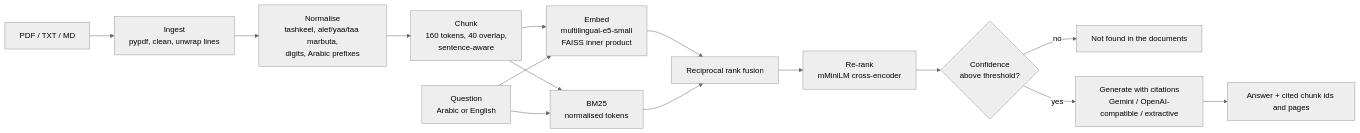
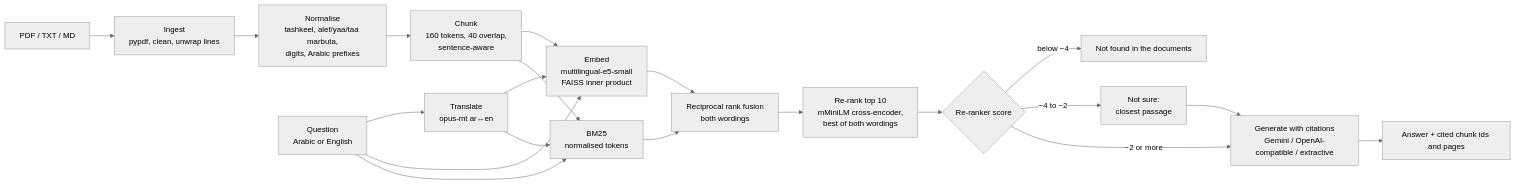
One commit to Nardy11/bilingual-rag-assistant changed the diagram in README.md. Above: the diagram before and after it, drawn with Mermaid (neutral theme). The commit also changed other lines of this file and 22 other files, not shown here.

First line of the commit message:
fix: cross-language questions answered instead of refused; confidence in three bands

````diff
--- a/README.md
+++ b/README.md
@@ -39,17 +45,22 @@
 ```mermaid
 flowchart LR
     A[PDF / TXT / MD] --> B[Ingest<br/>pypdf, clean, unwrap lines]
     B --> C[Normalise<br/>tashkeel, alef/yaa/taa marbuta,<br/>digits, Arabic prefixes]
     C --> D[Chunk<br/>160 tokens, 40 overlap,<br/>sentence-aware]
     D --> E1[Embed<br/>multilingual-e5-small<br/>FAISS inner product]
     D --> E2[BM25<br/>normalised tokens]
-    Q[Question<br/>Arabic or English] --> E1
+    Q[Question<br/>Arabic or English] --> T[Translate<br/>opus-mt ar↔en]
+    Q --> E1
     Q --> E2
-    E1 --> F[Reciprocal rank fusion]
+    T --> E1
+    T --> E2
+    E1 --> F[Reciprocal rank fusion<br/>both wordings]
     E2 --> F
-    F --> G[Re-rank<br/>mMiniLM cross-encoder]
-    G --> H{Confidence<br/>above threshold?}
-    H -- no --> N[Not found in the documents]
-    H -- yes --> I[Generate with citations<br/>Gemini / OpenAI-compatible / extractive]
+    F --> G[Re-rank top 10<br/>mMiniLM cross-encoder,<br/>best of both wordings]
+    G --> H{Re-ranker score}
+    H -- "below −4" --> N[Not found in the documents]
+    H -- "−4 to −2" --> U[Not sure:<br/>closest passage]
+    H -- "−2 or more" --> I[Generate with citations<br/>Gemini / OpenAI-compatible / extractive]
+    U --> I
     I --> J[Answer + cited chunk ids and pages]
 ```
````
